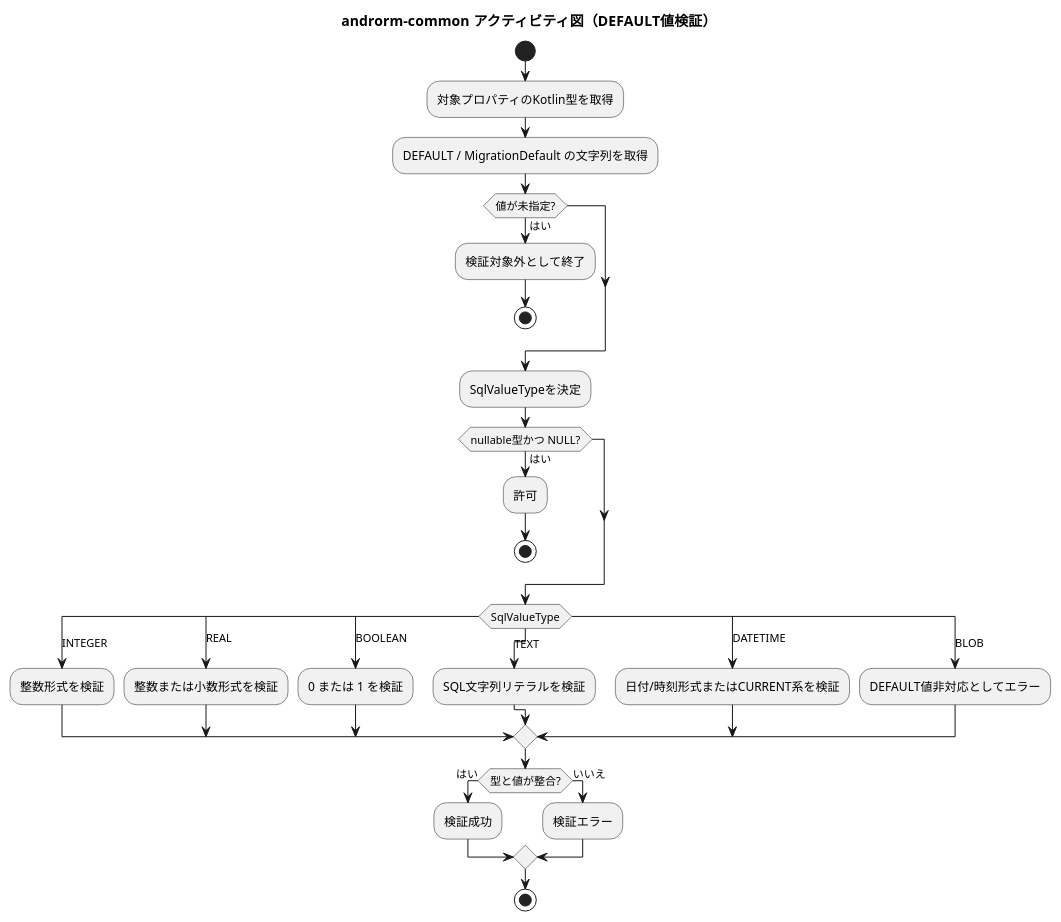
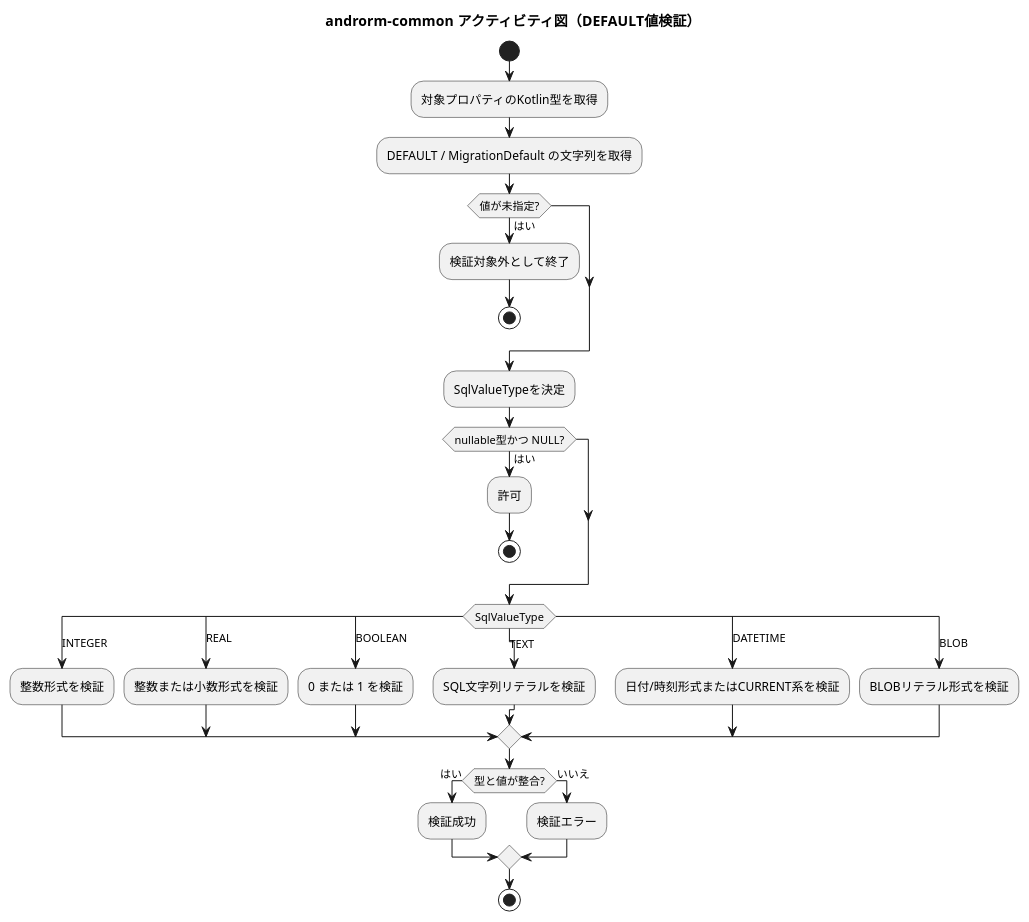
One commit to kawanagare-git/AndrORMProject changed the diagram in UML/androrm-common/03_activity_androrm-common.puml. Above: the diagram before and after it, drawn with PlantUML. The commit also changed 81 other files, not shown here.

```diff
--- a/UML/androrm-common/03_activity_androrm-common.puml
+++ b/UML/androrm-common/03_activity_androrm-common.puml
@@ -1,35 +1,35 @@
 @startuml
 title androrm-common アクティビティ図（DEFAULT値検証）
 start
 :対象プロパティのKotlin型を取得;
 :DEFAULT / MigrationDefault の文字列を取得;
 if (値が未指定?) then (はい)
   :検証対象外として終了;
   stop
 endif
 :SqlValueTypeを決定;
 if (nullable型かつ NULL?) then (はい)
   :許可;
   stop
 endif
 switch (SqlValueType)
 case (INTEGER)
   :整数形式を検証;
 case (REAL)
   :整数または小数形式を検証;
 case (BOOLEAN)
   :0 または 1 を検証;
 case (TEXT)
   :SQL文字列リテラルを検証;
 case (DATETIME)
   :日付/時刻形式またはCURRENT系を検証;
 case (BLOB)
-  :DEFAULT値非対応としてエラー;
+  :BLOBリテラル形式を検証;
 endswitch
 if (型と値が整合?) then (はい)
   :検証成功;
 else (いいえ)
   :検証エラー;
 endif
 stop
 @enduml
```
